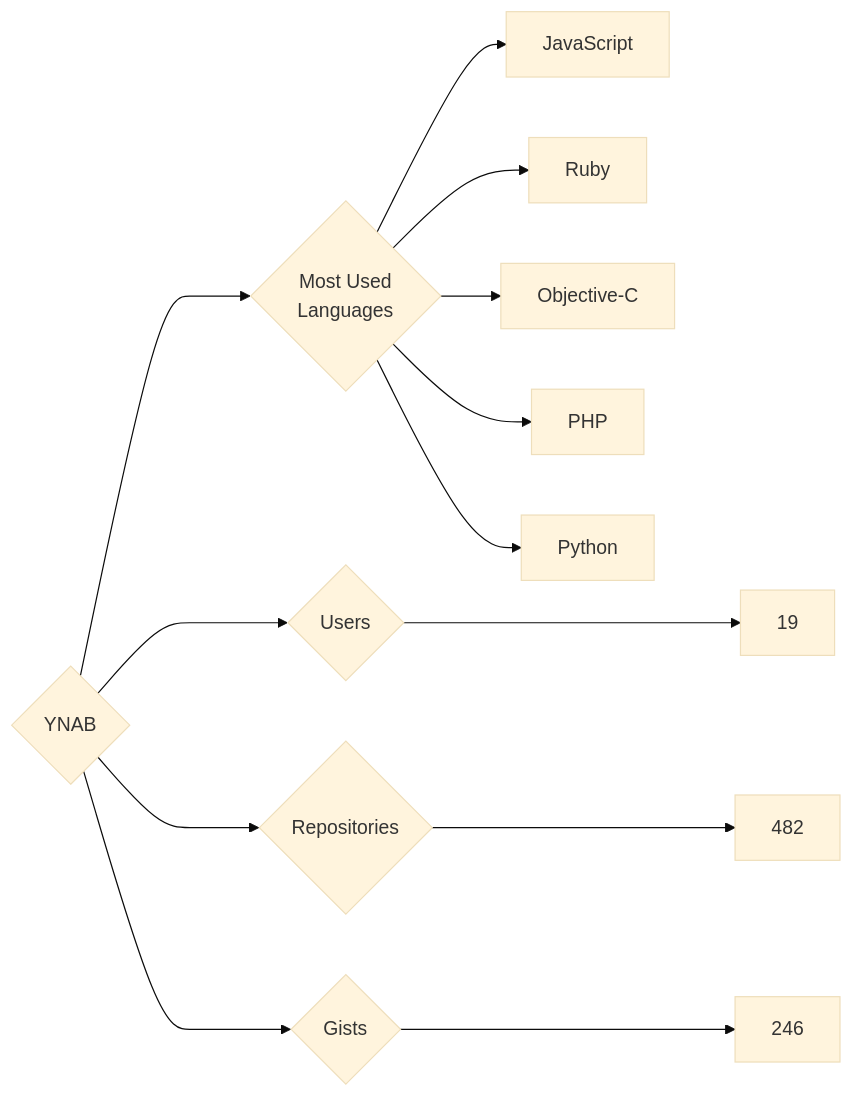
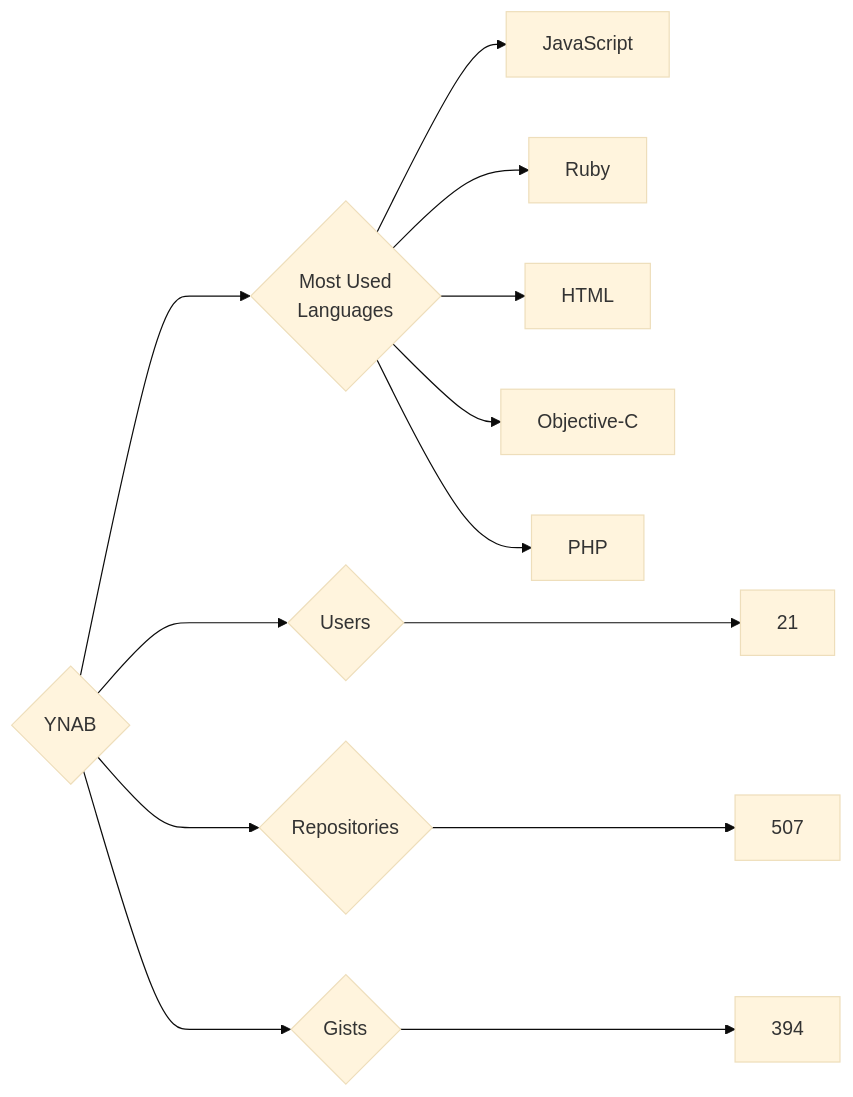
Before and after one commit to trickest/insiders: the diagram in targets/YNAB/README.md, drawn with Mermaid (base theme). The commit also changed 1508 other files, not shown here.

````diff
--- a/targets/YNAB/README.md
+++ b/targets/YNAB/README.md
@@ -3,13 +3,13 @@
 ```mermaid
 graph LR
 COMPANY_NAME{YNAB}
-COMPANY_NAME ---> U{Users} ---> UN[19]
-COMPANY_NAME ---> R{Repositories} ---> RN[482]
-COMPANY_NAME ---> G{Gists} ---> GN[246]
+COMPANY_NAME ---> U{Users} ---> UN[21]
+COMPANY_NAME ---> R{Repositories} ---> RN[507]
+COMPANY_NAME ---> G{Gists} ---> GN[394]
 COMPANY_NAME ---> ML{Most Used<br>Languages}
 ML --> JavaScript[JavaScript]
 ML --> Ruby[Ruby]
+ML --> HTML[HTML]
 ML --> Objective-C[Objective-C]
 ML --> PHP[PHP]
-ML --> Python[Python]
 ```
````
